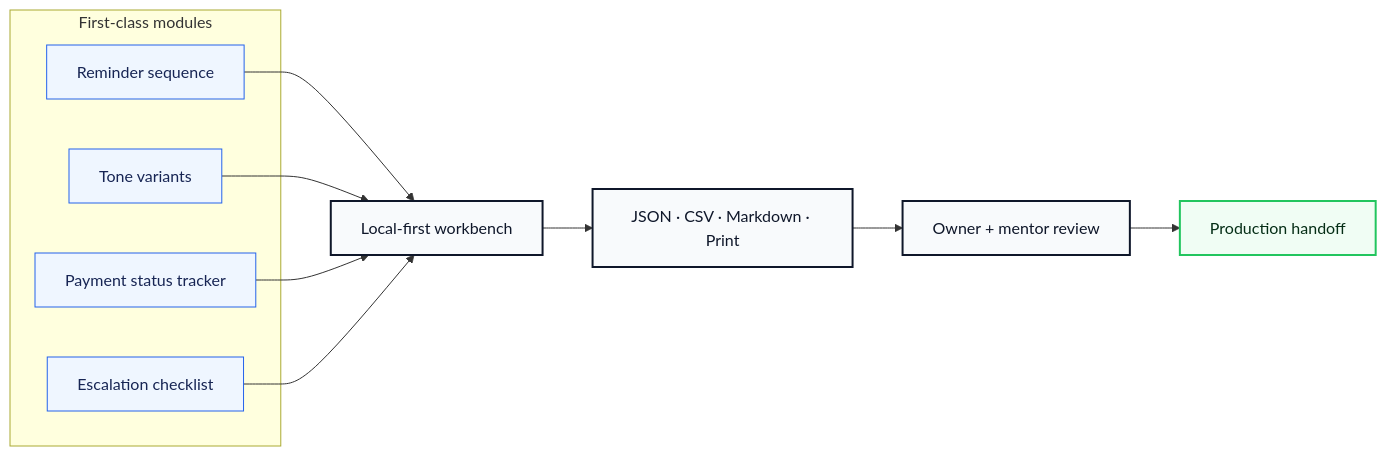
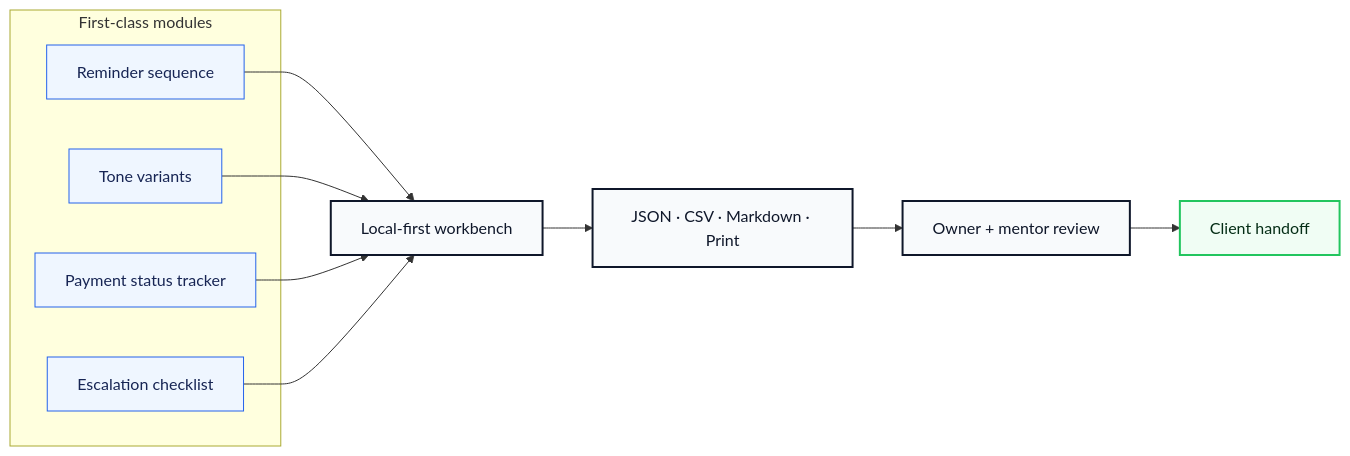
Before and after one commit to volta-npo/invoice-reminder-playbook: the second of 3 diagrams in README.md, drawn with Mermaid. The commit also changed other lines of this file and 28 other files, not shown here.

````diff
--- a/README.md
+++ b/README.md
@@ -64,23 +64,23 @@
 ```mermaid
 flowchart LR
     subgraph Modules["First-class modules"]
         M1["Reminder sequence"]
         M2["Tone variants"]
         M3["Payment status tracker"]
         M4["Escalation checklist"]
     end
     M1 --> Workbench
     M2 --> Workbench
     M3 --> Workbench
     M4 --> Workbench
     Workbench["Local-first workbench"] --> Exports["JSON · CSV · Markdown · Print"]
     Exports --> Review["Owner + mentor review"]
-    Review --> Launch["Production handoff"]
+    Review --> Launch["Client handoff"]
 
     classDef module fill:#eff6ff,stroke:#2563eb,color:#172554;
     classDef app fill:#f8fafc,stroke:#0f172a,color:#0f172a,stroke-width:2px;
     classDef launch fill:#f0fdf4,stroke:#22c55e,color:#052e16,stroke-width:2px;
     class M1,M2,M3,M4 module;
     class Workbench,Exports,Review app;
     class Launch launch;
 ```
````
